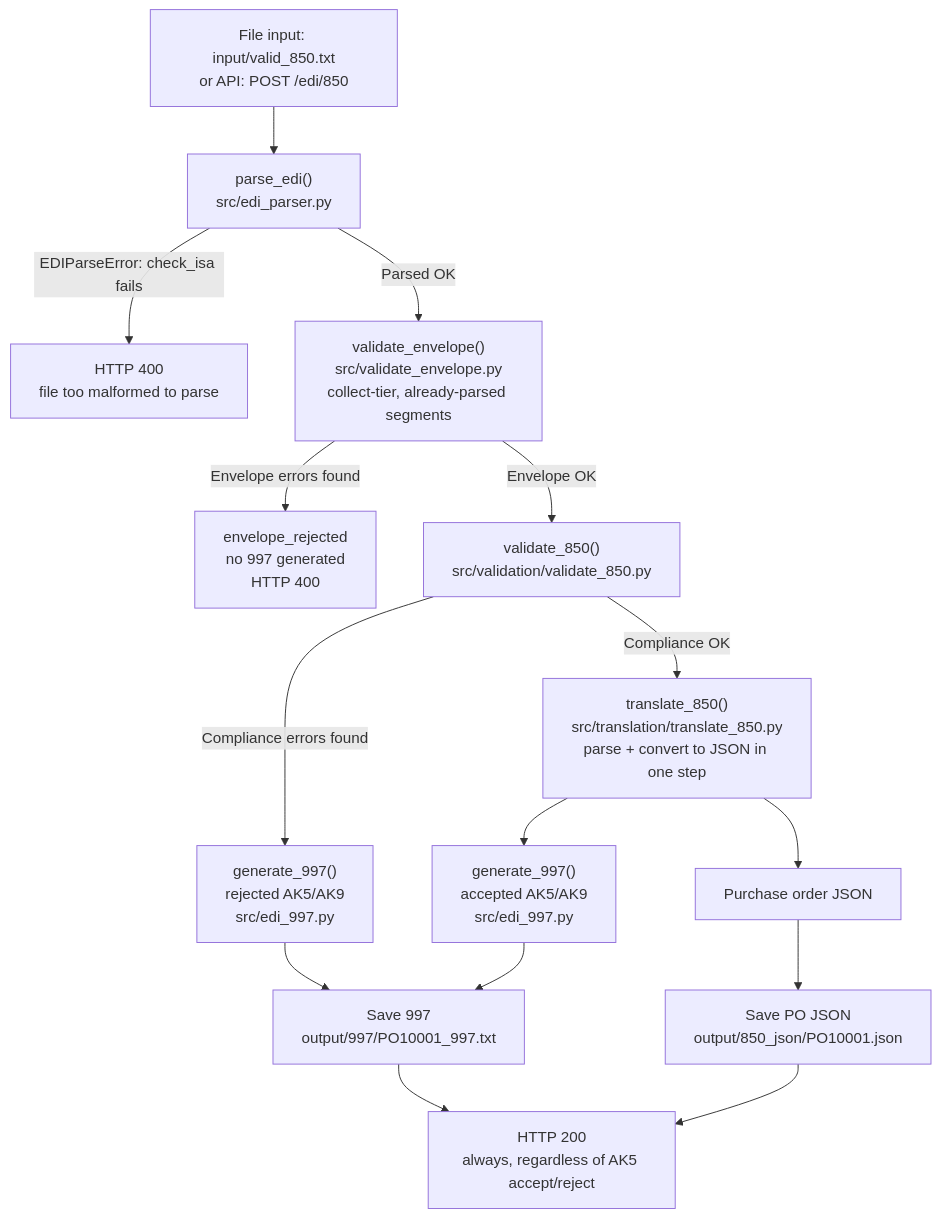
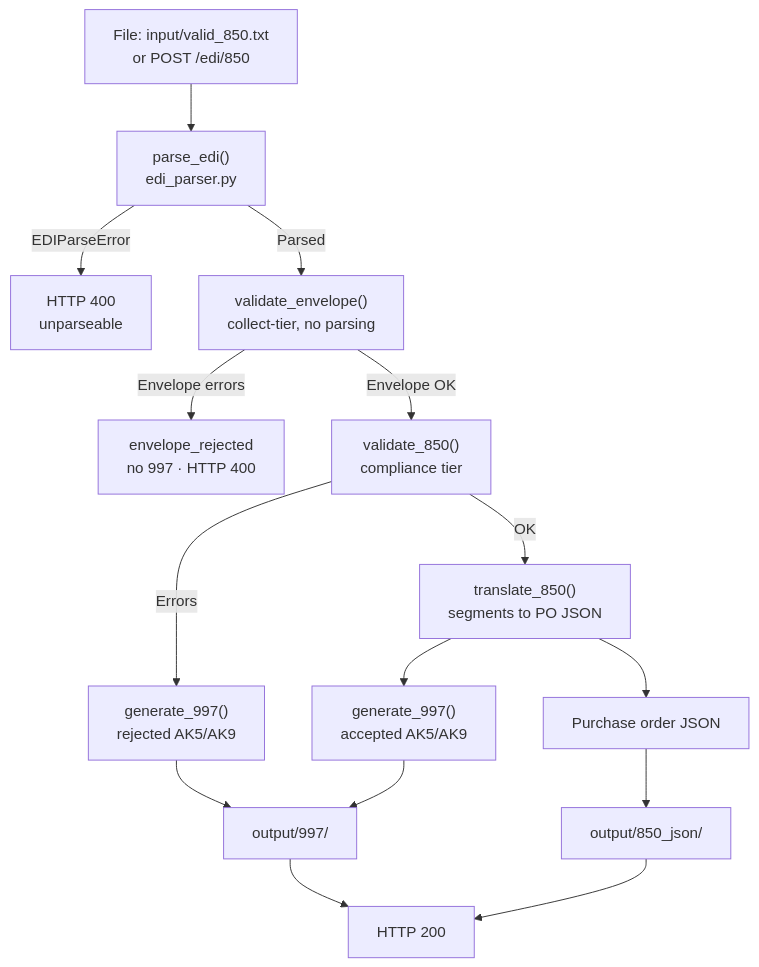
One commit to alowinarp/edi-integration-pipeline changed the diagram in README.md. Above: the diagram before and after it, drawn with Mermaid. The commit also changed other lines of this file and 1 other file, not shown here.

Commit message:
Restructure README for readers; move module reference to docs/ARCHITECTURE.md

````diff
--- a/README.md
+++ b/README.md
@@ -86,17 +184,17 @@
 ```mermaid
 flowchart TD
-    A0["File input: input/valid_850.txt<br/>or API: POST /edi/850"] --> A1["parse_edi()<br/>src/edi_parser.py"]
-    A1 -->|"EDIParseError: check_isa fails"| A1E["HTTP 400<br/>file too malformed to parse"]
-    A1 -->|"Parsed OK"| A2["validate_envelope()<br/>src/validate_envelope.py<br/>collect-tier, already-parsed segments"]
-    A2 -->|"Envelope errors found"| A2E["envelope_rejected<br/>no 997 generated<br/>HTTP 400"]
-    A2 -->|"Envelope OK"| A3["validate_850()<br/>src/validation/validate_850.py"]
-    A3 -->|"Compliance errors found"| A5["generate_997()<br/>rejected AK5/AK9<br/>src/edi_997.py"]
-    A3 -->|"Compliance OK"| A4["translate_850()<br/>src/translation/translate_850.py<br/>parse + convert to JSON in one step"]
-    A4 --> A5b["generate_997()<br/>accepted AK5/AK9<br/>src/edi_997.py"]
+    A0["File: input/valid_850.txt<br/>or POST /edi/850"] --> A1["parse_edi()<br/>edi_parser.py"]
+    A1 -->|"EDIParseError"| A1E["HTTP 400<br/>unparseable"]
+    A1 -->|"Parsed"| A2["validate_envelope()<br/>collect-tier, no parsing"]
+    A2 -->|"Envelope errors"| A2E["envelope_rejected<br/>no 997 · HTTP 400"]
+    A2 -->|"Envelope OK"| A3["validate_850()<br/>compliance tier"]
+    A3 -->|"Errors"| A5["generate_997()<br/>rejected AK5/AK9"]
+    A3 -->|"OK"| A4["translate_850()<br/>segments to PO JSON"]
+    A4 --> A5b["generate_997()<br/>accepted AK5/AK9"]
     A4 --> A6["Purchase order JSON"]
-    A5 --> A7["Save 997<br/>output/997/PO10001_997.txt"]
+    A5 --> A7["output/997/"]
     A5b --> A7
-    A6 --> A8["Save PO JSON<br/>output/850_json/PO10001.json"]
-    A7 --> A9["HTTP 200<br/>always, regardless of AK5 accept/reject"]
+    A6 --> A8["output/850_json/"]
+    A7 --> A9["HTTP 200"]
     A8 --> A9
 ```
````
